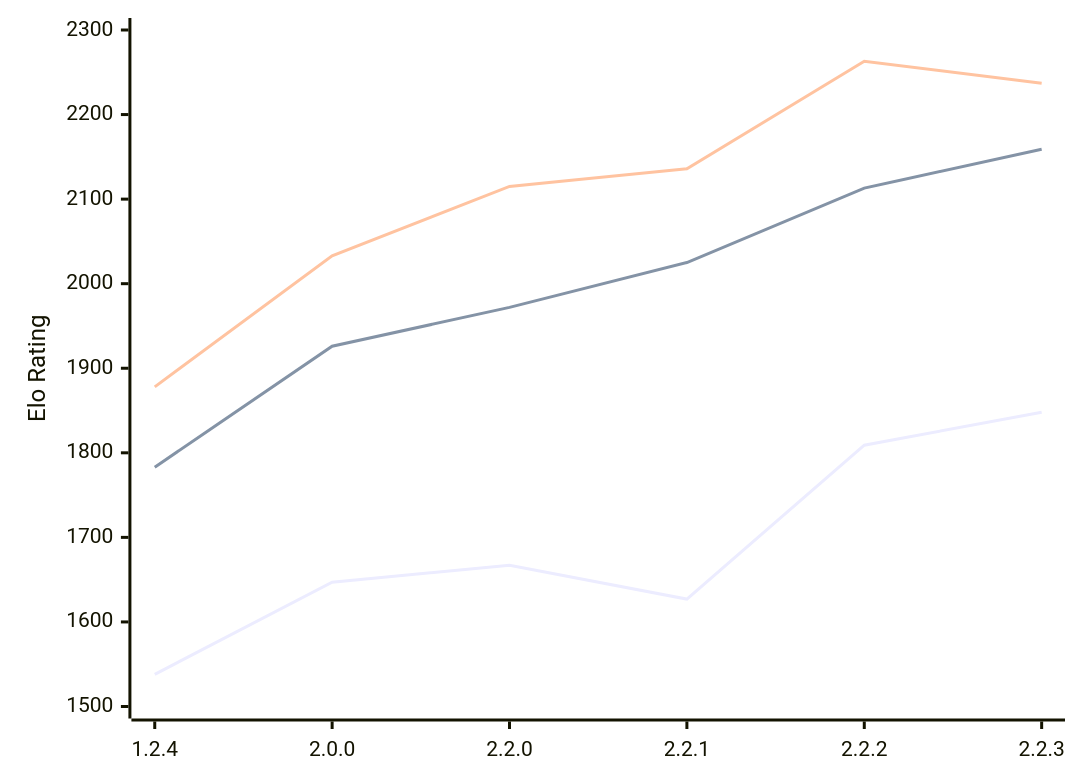
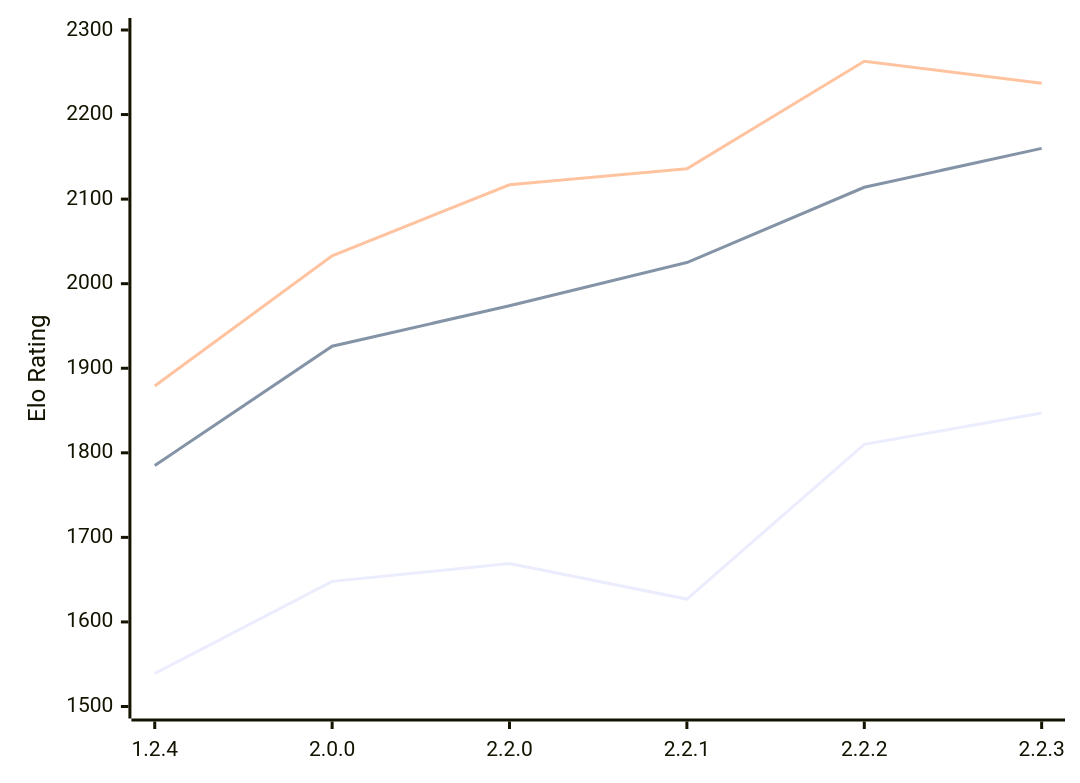
The diagram in engines/Kreveta.md (computer-chess-index/cci), drawn with Mermaid before and after one commit. The commit also changed other lines of this file, not shown here.

Commit message:
Update CCI Ratings (ELO VLTC) - 2026-02-13

````diff
--- a/engines/Kreveta.md
+++ b/engines/Kreveta.md
@@ -36,9 +36,9 @@
 ```mermaid
 %%{init: {"theme":"base","themeVariables":{"seriesColors:['#a3a3a3','#222221','#faa371']}}}%%
 xychart-beta
   x-axis ["1.2.4", "2.0.0", "2.2.0", "2.2.1", "2.2.2", "2.2.3"]
   y-axis "Elo Rating" 1500 --> 2300
-  line "STC (8.0+0.08s)" [1538, 1647, 1667, 1627, 1809, 1848]
-  line "LTC (60.0+0.60s)" [1783, 1926, 1972, 2025, 2113, 2159]
-  line "VLTC (2m24s+1.12s)" [1878, 2033, 2115, 2136, 2263, 2237]
+  line "STC (8.0+0.08s)" [1539, 1648, 1669, 1627, 1810, 1847]
+  line "LTC (60.0+0.60s)" [1785, 1926, 1974, 2025, 2114, 2160]
+  line "VLTC (2m24s+1.12s)" [1879, 2033, 2117, 2136, 2263, 2237]
 ```
````
